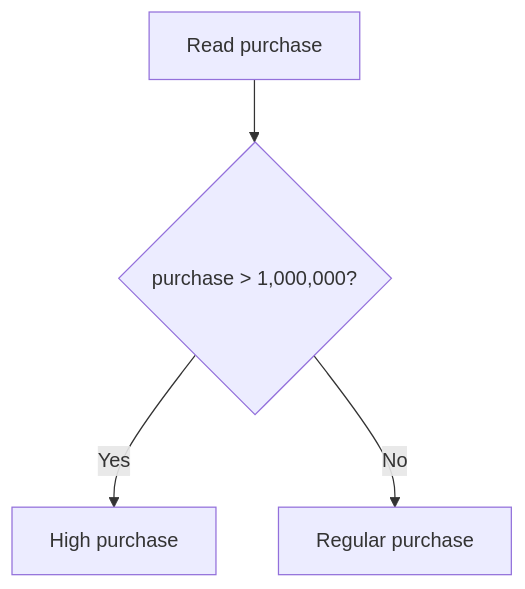
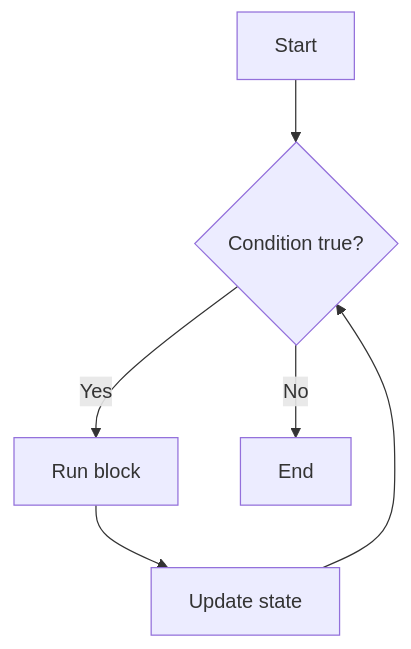
Before and after one commit to DIALVEBE/DataScienceProgramming: the sixth of 11 diagrams in sessions/session-01_en.md, drawn with Mermaid. The commit also changed other lines of this file and 9 other files, not shown here.

````diff
--- a/sessions/session-01_en.md
+++ b/sessions/session-01_en.md
@@ -419,6 +385,8 @@
 ```mermaid
 flowchart TD
-    A[Read purchase] --> B{purchase > 1,000,000?}
-    B -- Yes --> C[High purchase]
-    B -- No --> D[Regular purchase]
+    A[Start] --> B{Condition true?}
+    B -- Yes --> C[Run block]
+    C --> D[Update state]
+    D --> B
+    B -- No --> E[End]
 ```
````
